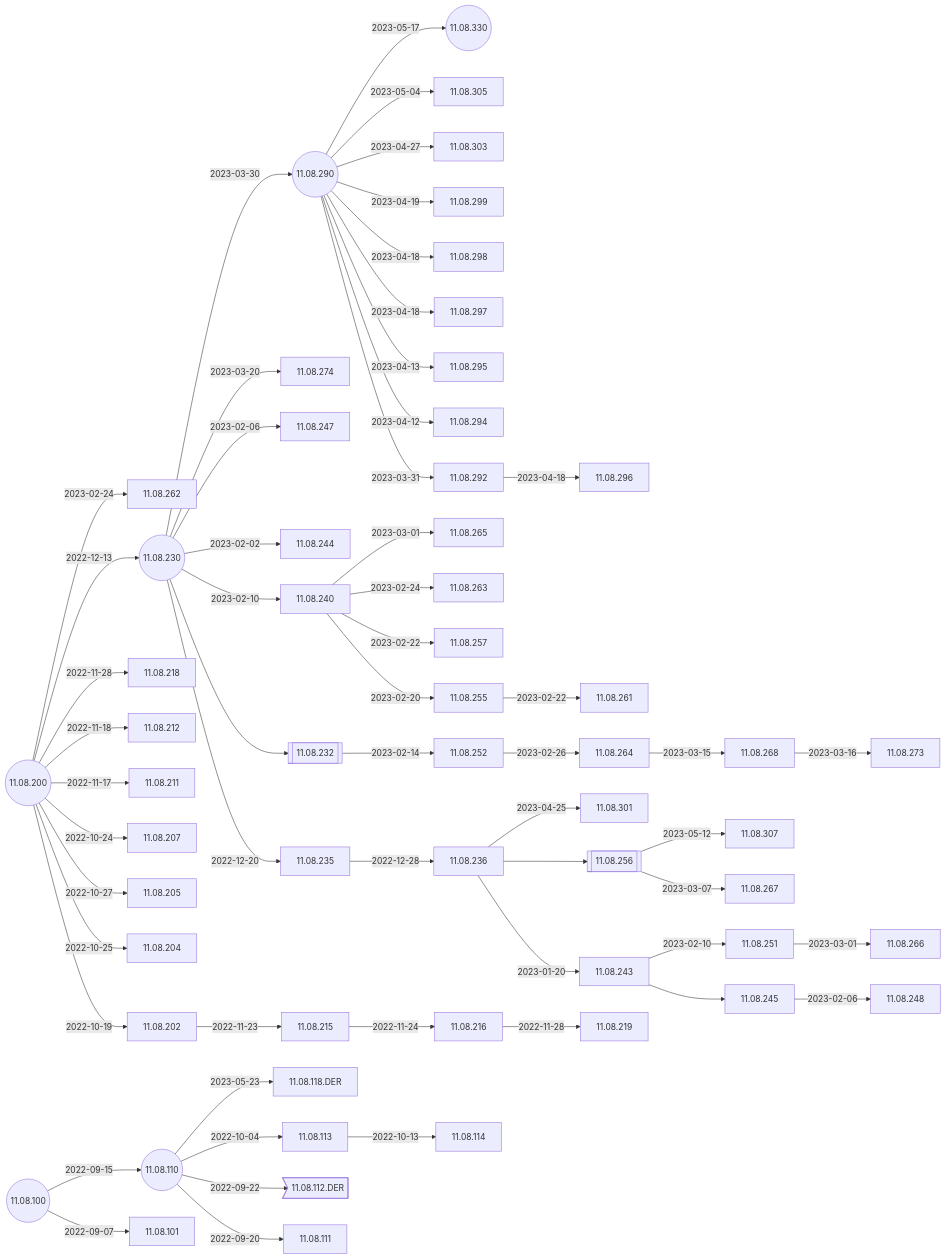
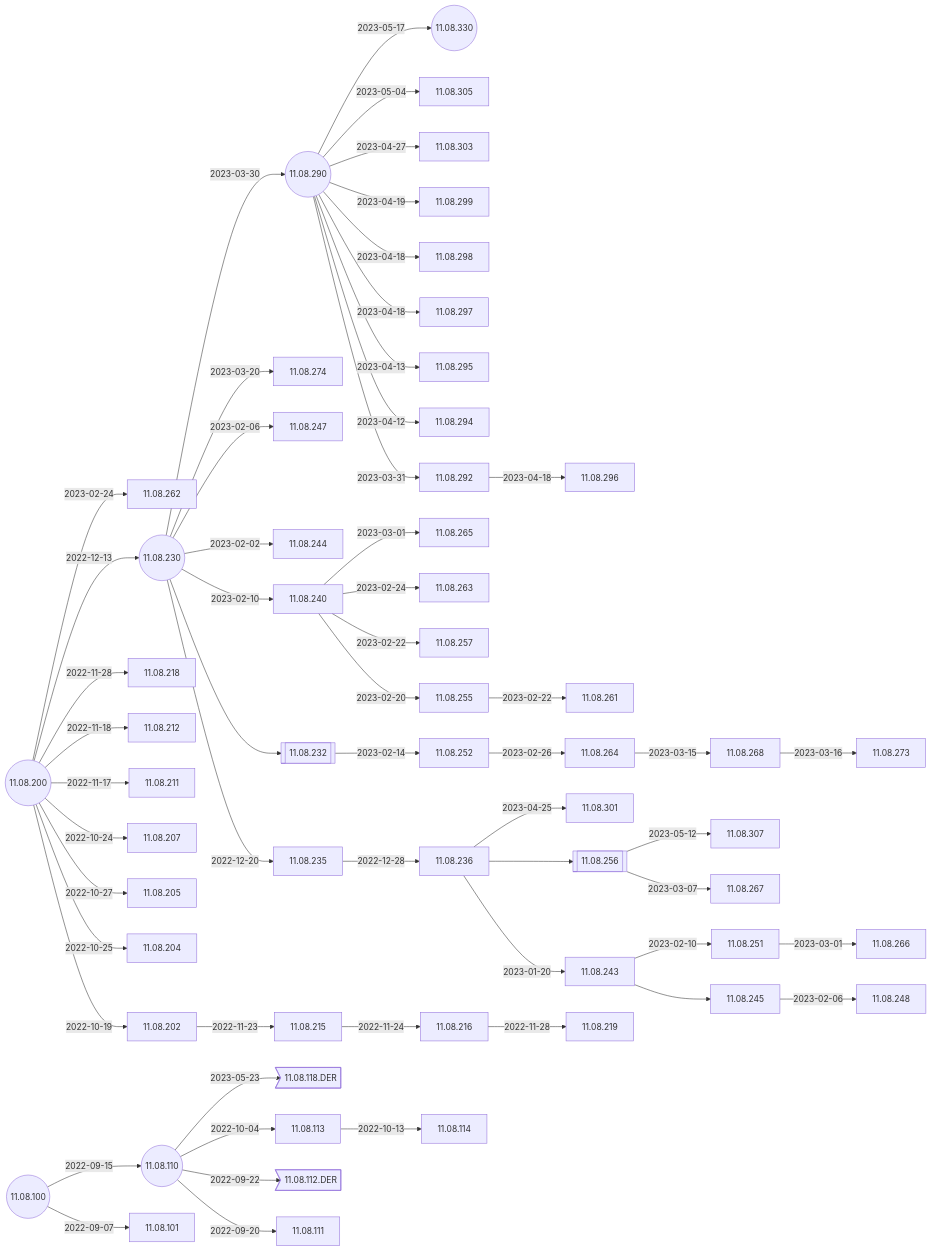
One commit to IGEL-Community/IGEL-Docs-v02 changed the second of 4 diagrams in docs/Docs/ReleaseNotes/01-OS11/README.md. Above: the diagram before and after it, drawn with Mermaid.

Commit message:
11.08.118.DER

````diff
--- a/docs/Docs/ReleaseNotes/01-OS11/README.md
+++ b/docs/Docs/ReleaseNotes/01-OS11/README.md
@@ -39,6 +39,6 @@
 ```mermaid
 flowchart LR
-    11.08.110-- 2023-05-23 -->11.08.118.DER
+    11.08.110-- 2023-05-23 -->11.08.118.DER>11.08.118.DER]
     11.08.290-- 2023-05-17 -->11.08.330((11.08.330))
     11.08.256-- 2023-05-12 -->11.08.307
     11.08.290-- 2023-05-04 -->11.08.305
````
